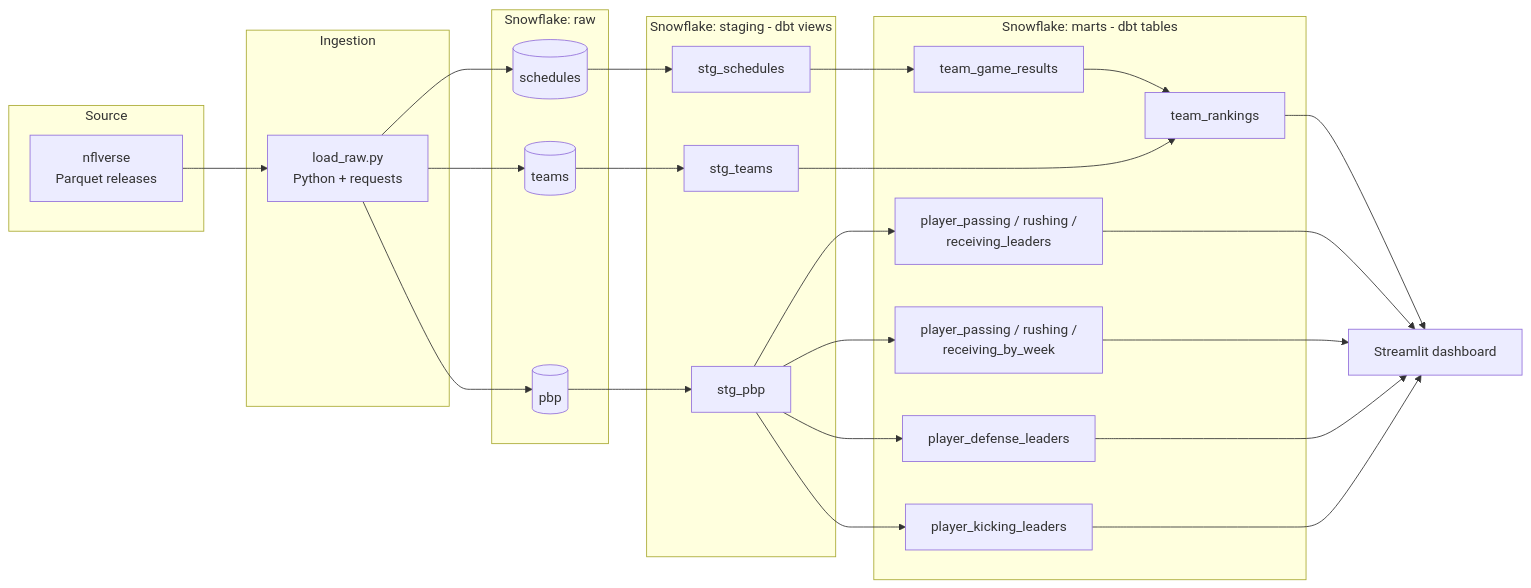
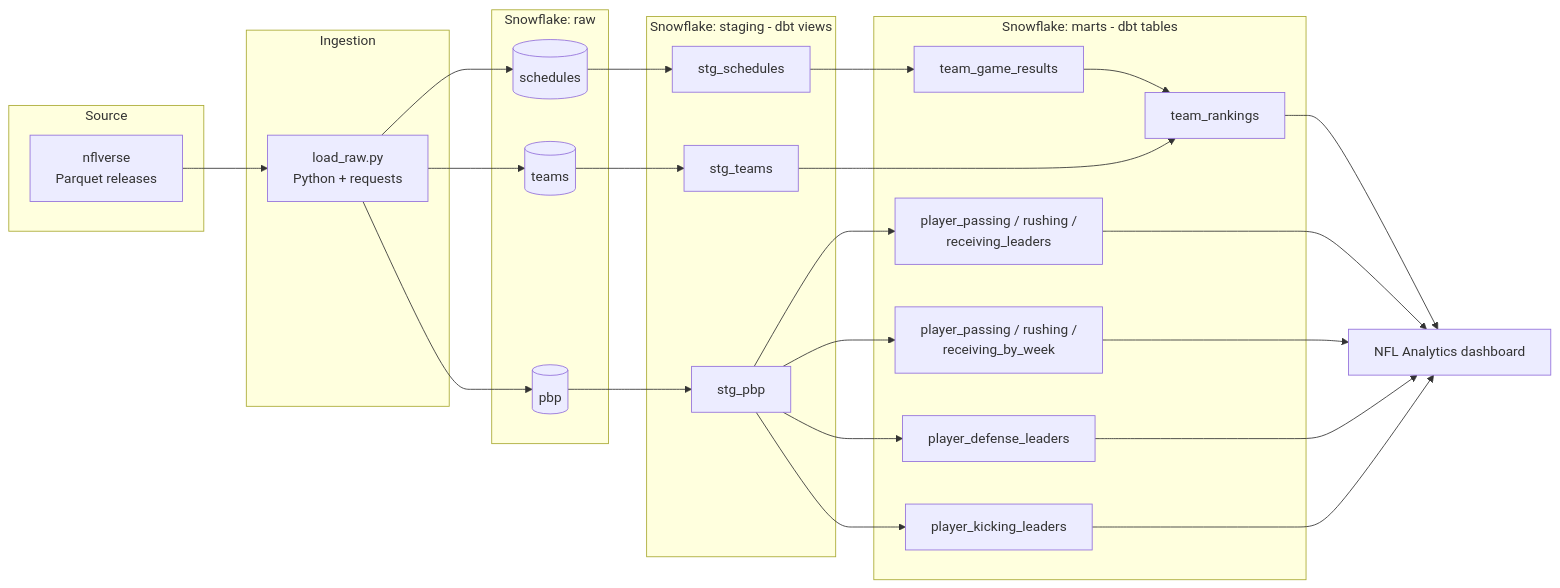
The diagram in README.md (chrisrichnow/nfl-analytics), drawn with Mermaid before and after one commit. The commit also changed other lines of this file and 21 other files, not shown here.

Commit message:
Add NFL Analytics dashboard with team branding and refreshed portfolio

````diff
--- a/README.md
+++ b/README.md
@@ -58,42 +64,42 @@
 ```mermaid
 flowchart LR
     subgraph src[Source]
         NV[nflverse<br/>Parquet releases]
     end
 
     subgraph load[Ingestion]
         PY[load_raw.py<br/>Python + requests]
     end
 
     subgraph raw[Snowflake: raw]
         RP[(pbp)]
         RS[(schedules)]
         RT[(teams)]
     end
 
     subgraph stg[Snowflake: staging - dbt views]
         SP[stg_pbp]
         SS[stg_schedules]
         ST[stg_teams]
     end
 
     subgraph marts[Snowflake: marts - dbt tables]
         TGR[team_game_results]
         TR[team_rankings]
         PL[player_passing / rushing /<br/>receiving_leaders]
         PW[player_passing / rushing /<br/>receiving_by_week]
         PD[player_defense_leaders]
         PK[player_kicking_leaders]
     end
 
-    APP[Streamlit dashboard]
+    APP[NFL Analytics dashboard]
 
     NV --> PY --> RP & RS & RT
     RP --> SP
     RS --> SS
     RT --> ST
     SS --> TGR --> TR
     ST --> TR
     SP --> PL & PW & PD & PK
     TR & PL & PW & PD & PK --> APP
 ```
````
